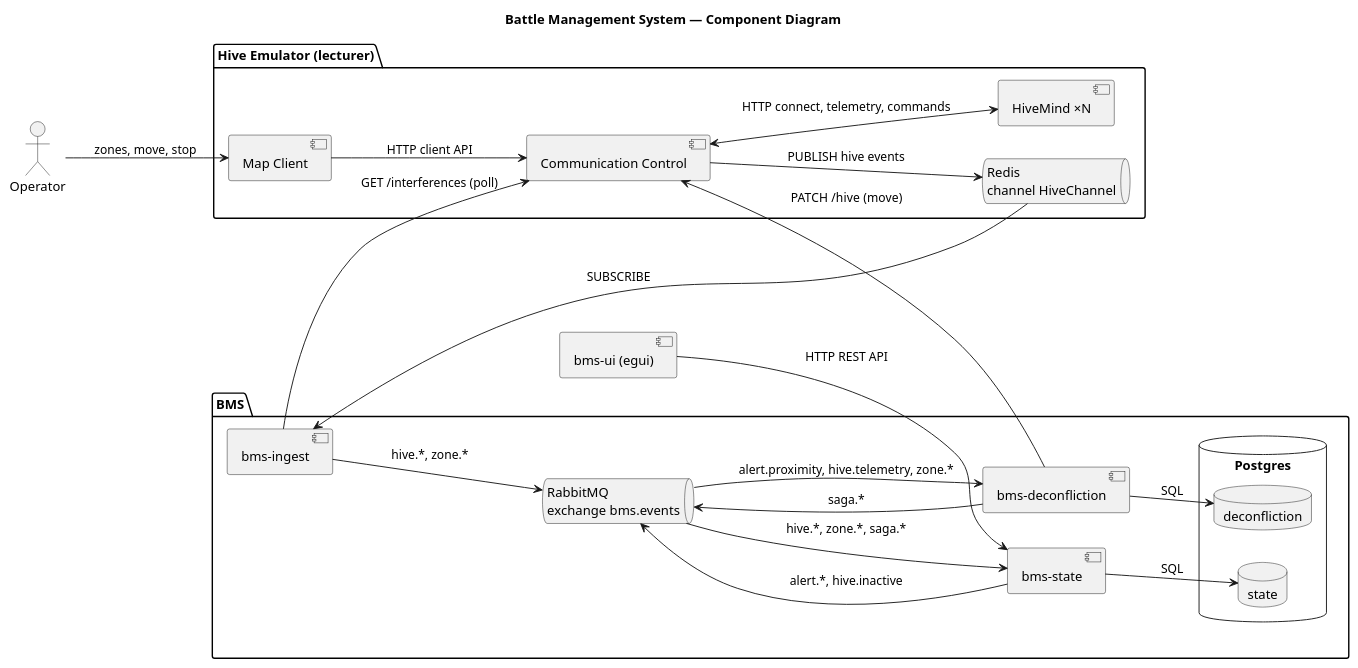
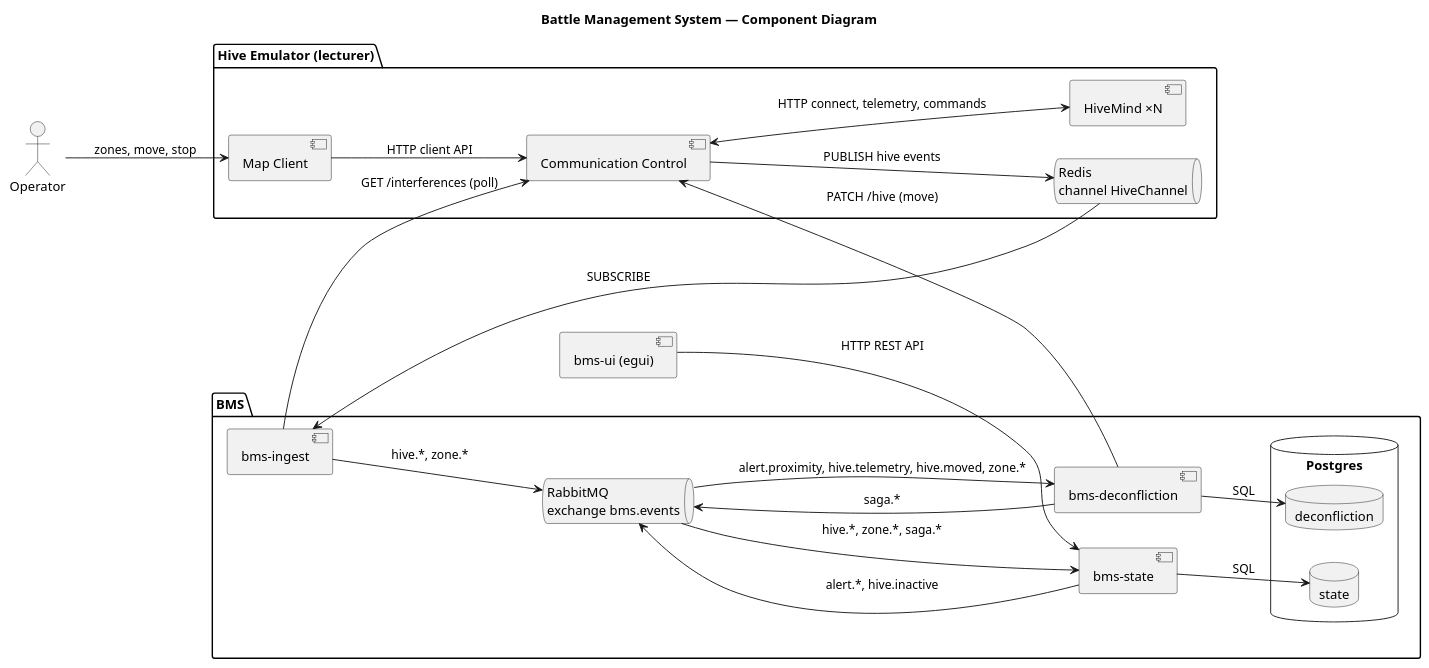
The diagram in docs/diagrams/plantuml/component.puml (xairaven/KPI-DDS), drawn with PlantUML before and after one commit. The commit also changed 1 other file, not shown here.

Commit message:
(Docs) Fix: Added `hive.moved` to deconfliction

```diff
--- a/docs/diagrams/plantuml/component.puml
+++ b/docs/diagrams/plantuml/component.puml
@@ -1,50 +1,50 @@
 @startuml component
 title Battle Management System — Component Diagram
 
 skinparam componentStyle uml2
 skinparam shadowing false
 skinparam defaultFontName Sans
 left to right direction
 
 actor "Operator" as Operator
 
 package "Hive Emulator (lecturer)" {
   [Map Client] as Map
   [Communication Control] as CC
   queue "Redis\nchannel HiveChannel" as Redis
   [HiveMind ×N] as Hive
 }
 
 package "BMS" {
   [bms-ingest] as Ingest
   queue "RabbitMQ\nexchange bms.events" as Rabbit
   [bms-state] as State
   [bms-deconfliction] as Decon
   database "Postgres" {
     database "state" as StateDB
     database "deconfliction" as DeconDB
   }
 }
 
 [bms-ui (egui)] as UI
 
 Operator --> Map : zones, move, stop
 Map --> CC : HTTP client API
 CC <--> Hive : HTTP connect, telemetry, commands
 CC --> Redis : PUBLISH hive events
 
 Redis --> Ingest : SUBSCRIBE
 Ingest --> CC : GET /interferences (poll)
 Ingest --> Rabbit : hive.*, zone.*
 
 Rabbit --> State : hive.*, zone.*, saga.*
 State --> Rabbit : alert.*, hive.inactive
 State --> StateDB : SQL
 
-Rabbit --> Decon : alert.proximity, hive.telemetry, zone.*
+Rabbit --> Decon : alert.proximity, hive.telemetry, hive.moved, zone.*
 Decon --> Rabbit : saga.*
 Decon --> DeconDB : SQL
 Decon --> CC : PATCH /hive (move)
 
 UI --> State : HTTP REST API
 @enduml
```
